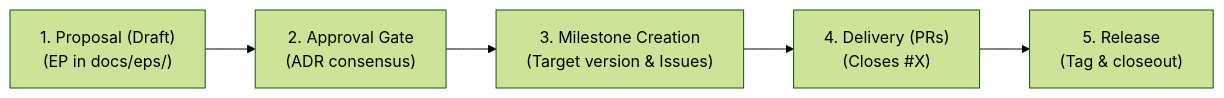
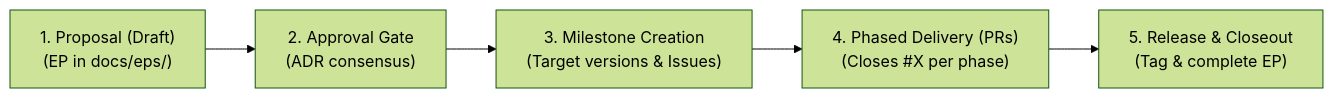
The diagram in .agents/skills/enhancement-proposals/SKILL.md (pauldruce/RFL), drawn with Mermaid (forest theme) before and after one commit. The commit also changed other lines of this file and 1 other file, not shown here.

Commit message:
docs(ep): add multi-phase implementation tracker and refine ASD-STE100 formatting

````diff
--- a/.agents/skills/enhancement-proposals/SKILL.md
+++ b/.agents/skills/enhancement-proposals/SKILL.md
@@ -12,7 +12,7 @@
 ```mermaid
 flowchart LR
     A["1. Proposal (Draft)\n(EP in docs/eps/)"] --> B["2. Approval Gate\n(ADR consensus)"]
-    B --> C["3. Milestone Creation\n(Target version & Issues)"]
-    C --> D["4. Delivery (PRs)\n(Closes #X)"]
-    D --> E["5. Release\n(Tag & closeout)"]
+    B --> C["3. Milestone Creation\n(Target versions & Issues)"]
+    C --> D["4. Phased Delivery (PRs)\n(Closes #X per phase)"]
+    D --> E["5. Release & Closeout\n(Tag & complete EP)"]
 ```
````
